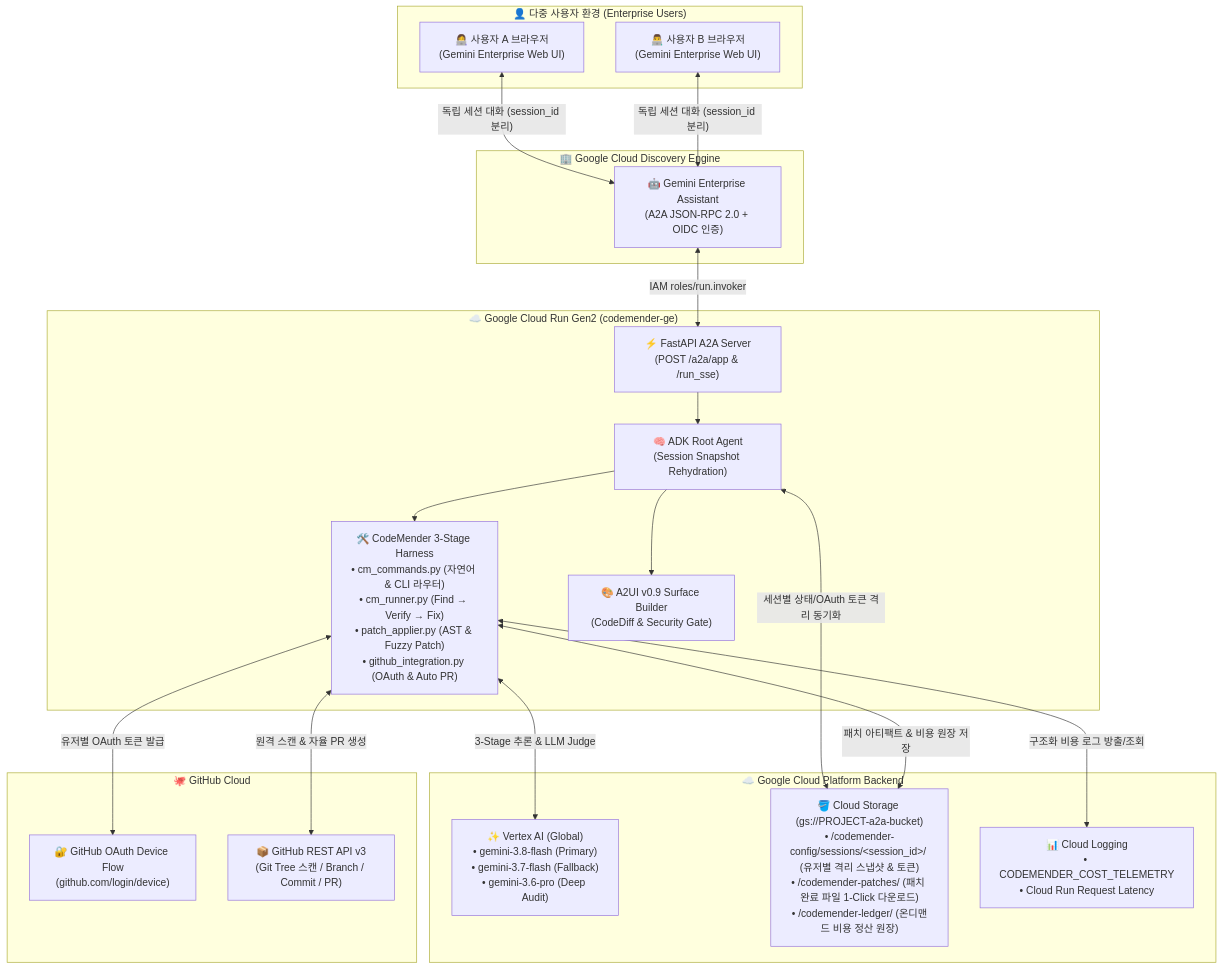
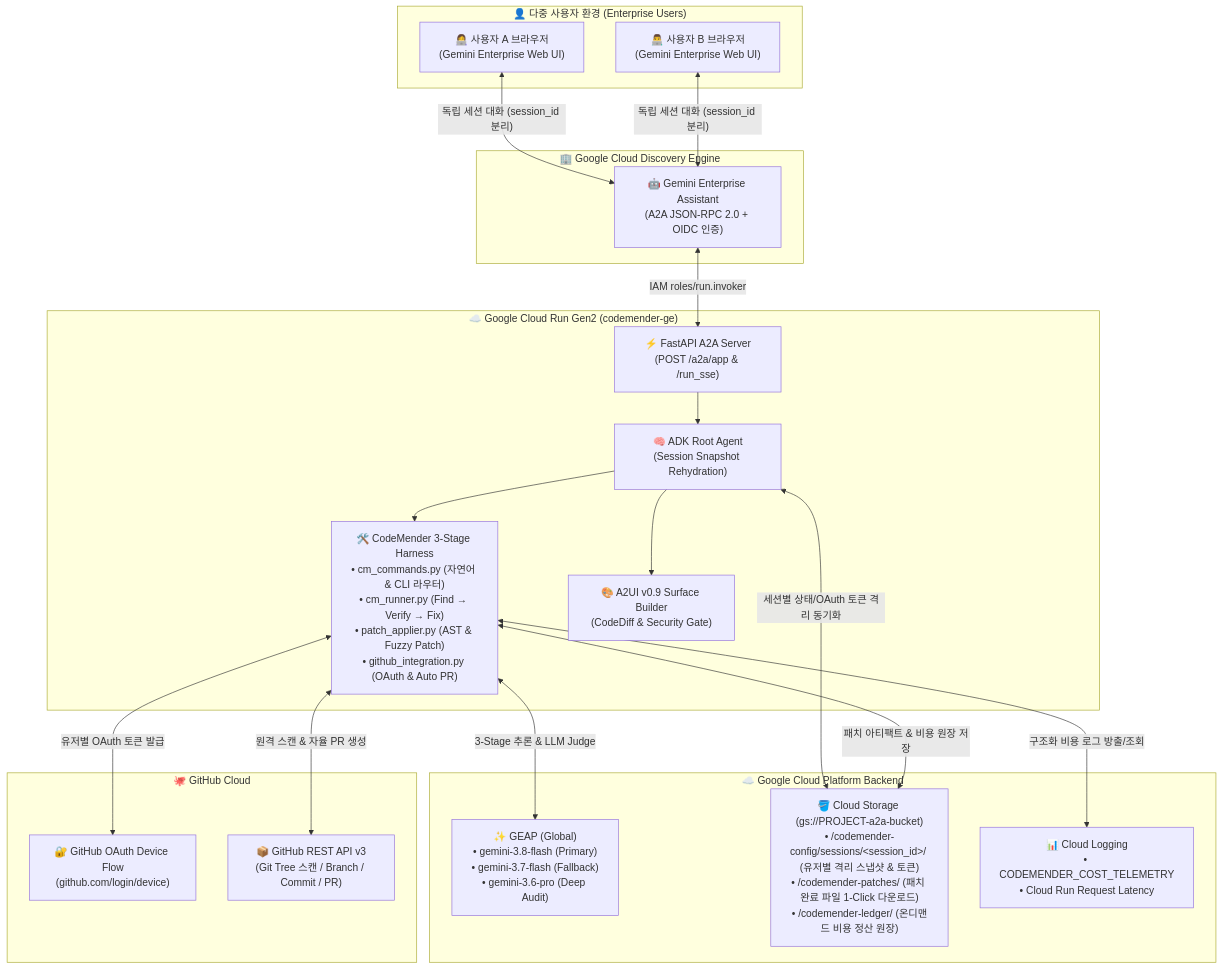
Before and after one commit to ldu1225/codemender-ge: the first of 4 diagrams in README.md, drawn with Mermaid. The commit also changed other lines of this file and 3 other files, not shown here.

Commit message:
docs: unify Vertex AI terminology to GEAP across README, env example, and UI messages

````diff
--- a/README.md
+++ b/README.md
@@ -57,42 +57,42 @@
 ```mermaid
 flowchart TB
     subgraph Users["👤 다중 사용자 환경 (Enterprise Users)"]
         UserA["👩‍💻 사용자 A 브라우저<br/>(Gemini Enterprise Web UI)"]
         UserB["👨‍💻 사용자 B 브라우저<br/>(Gemini Enterprise Web UI)"]
     end
 
     subgraph GE["🏢 Google Cloud Discovery Engine"]
         Assistant["🤖 Gemini Enterprise Assistant<br/>(A2A JSON-RPC 2.0 + OIDC 인증)"]
     end
 
     subgraph CloudRun["☁️ Google Cloud Run Gen2 (codemender-ge)"]
         FastAPI["⚡ FastAPI A2A Server<br/>(POST /a2a/app & /run_sse)"]
         Agent["🧠 ADK Root Agent<br/>(Session Snapshot Rehydration)"]
         Harness["🛠️ CodeMender 3-Stage Harness<br/>• cm_commands.py (자연어 & CLI 라우터)<br/>• cm_runner.py (Find → Verify → Fix)<br/>• patch_applier.py (AST & Fuzzy Patch)<br/>• github_integration.py (OAuth & Auto PR)"]
         A2UI["🎨 A2UI v0.9 Surface Builder<br/>(CodeDiff & Security Gate)"]
 
         FastAPI --> Agent
         Agent --> Harness
         Agent --> A2UI
     end
 
     subgraph GCP["☁️ Google Cloud Platform Backend"]
-        Vertex["✨ Vertex AI (Global)<br/>• gemini-3.8-flash (Primary)<br/>• gemini-3.7-flash (Fallback)<br/>• gemini-3.6-pro (Deep Audit)"]
+        GEAP["✨ GEAP (Global)<br/>• gemini-3.8-flash (Primary)<br/>• gemini-3.7-flash (Fallback)<br/>• gemini-3.6-pro (Deep Audit)"]
         GCS["🪣 Cloud Storage (gs://PROJECT-a2a-bucket)<br/>• /codemender-config/sessions/&lt;session_id&gt;/ (유저별 격리 스냅샷 & 토큰)<br/>• /codemender-patches/ (패치 완료 파일 1-Click 다운로드)<br/>• /codemender-ledger/ (온디맨드 비용 정산 원장)"]
         Logging["📊 Cloud Logging<br/>• CODEMENDER_COST_TELEMETRY<br/>• Cloud Run Request Latency"]
     end
 
     subgraph GitHub["🐙 GitHub Cloud"]
         DeviceFlow["🔐 GitHub OAuth Device Flow<br/>(github.com/login/device)"]
         GHAPI["📦 GitHub REST API v3<br/>(Git Tree 스캔 / Branch / Commit / PR)"]
     end
 
     UserA & UserB <-->|"독립 세션 대화 (session_id 분리)"| Assistant
     Assistant <-->|"IAM roles/run.invoker"| FastAPI
-    Harness <-->|"3-Stage 추론 & LLM Judge"| Vertex
+    Harness <-->|"3-Stage 추론 & LLM Judge"| GEAP
     Agent <-->|"세션별 상태/OAuth 토큰 격리 동기화"| GCS
     Harness <-->|"패치 아티팩트 & 비용 원장 저장"| GCS
     Harness <-->|"구조화 비용 로그 방출/조회"| Logging
     Harness <-->|"유저별 OAuth 토큰 발급"| DeviceFlow
     Harness <-->|"원격 스캔 & 자율 PR 생성"| GHAPI
 ```
````
